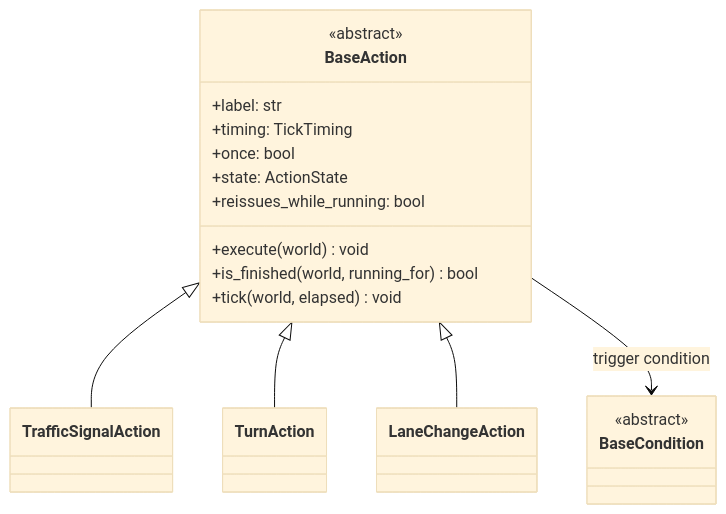
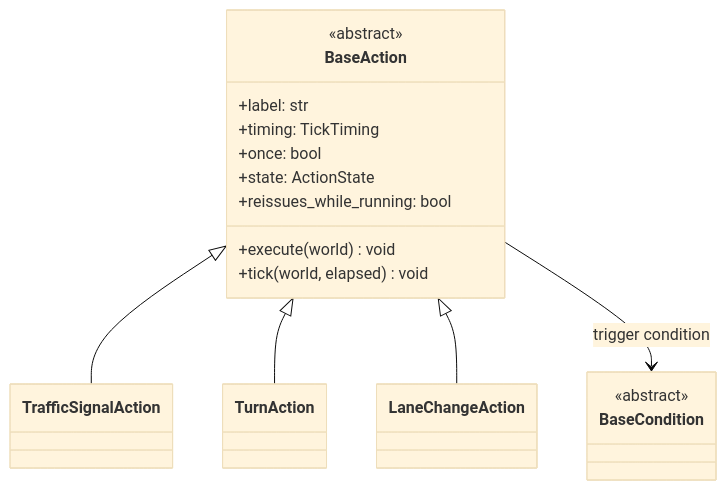
The seventh of 14 diagrams in autoware_carla_scenario/docs/architecture.md (autowarefoundation/autoware_carla_scenario), drawn with Mermaid (base theme) before and after one commit. The commit also changed other lines of this file and 9 other files, not shown here.

````diff
--- a/autoware_carla_scenario/docs/architecture.md
+++ b/autoware_carla_scenario/docs/architecture.md
@@ -434,27 +434,26 @@
 ```mermaid
 classDiagram
     class BaseAction {
         <<abstract>>
         +label: str
         +timing: TickTiming
         +once: bool
         +state: ActionState
         +reissues_while_running: bool
         +execute(world) void
-        +is_finished(world, running_for) bool
         +tick(world, elapsed) void
     }
 
     class BaseCondition {
         <<abstract>>
     }
 
     class TrafficSignalAction
     class TurnAction
     class LaneChangeAction
 
     BaseAction <|-- TrafficSignalAction
     BaseAction <|-- TurnAction
     BaseAction <|-- LaneChangeAction
     BaseAction --> BaseCondition : trigger condition
 ```
````
